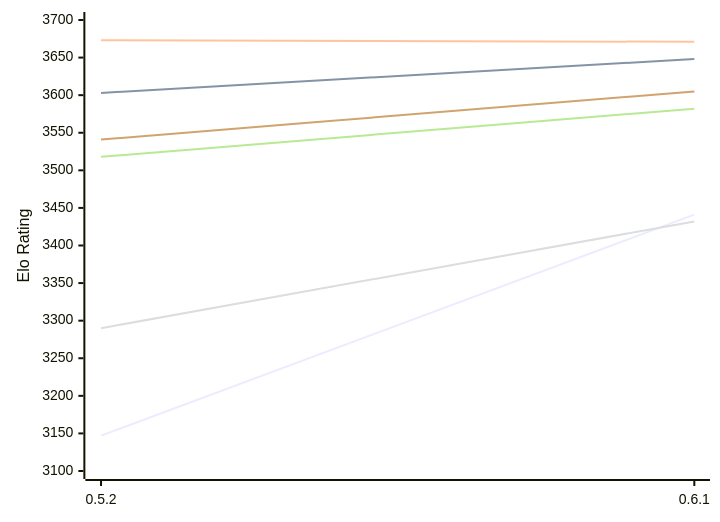
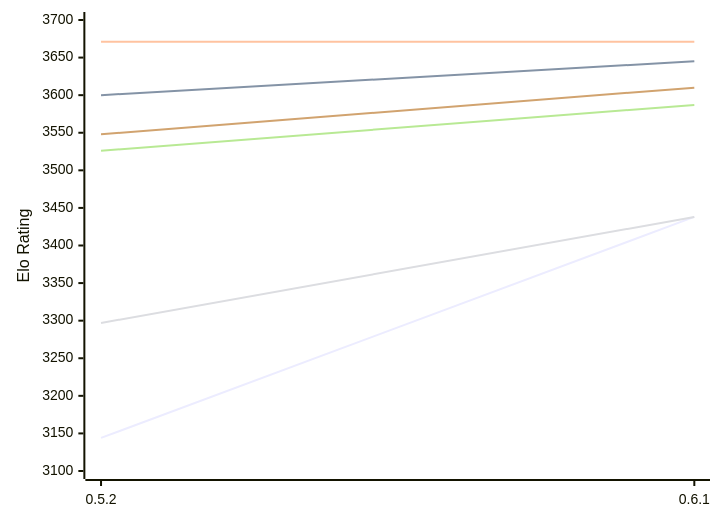
The first of 2 diagrams in engines/Cinder.md (computer-chess-index/cci), drawn with Mermaid before and after one commit. The commit also changed other lines of this file, not shown here.

Commit message:
Update CCI Ratings (ELO VLTC) - 2026-11-23

````diff
--- a/engines/Cinder.md
+++ b/engines/Cinder.md
@@ -54,12 +54,12 @@
 ```mermaid
 %%{init: {"theme":"base","themeVariables":{"seriesColors:['#a3a3a3','#222221','#faa371']}}}%%
 xychart-beta
   x-axis ["0.5.2", "0.6.1"]
   y-axis "Elo Rating" 3100 --> 3700
-  line "E1: STC (8.0+0.08s)" [3147, 3441]
-  line "E1: LTC (60.0+0.60s)" [3603, 3648]
-  line "E1: VLTC (2m24s+1.12s)" [3673, 3671]
-  line "P1: STC (8.0+0.08s)" [3290, 3432]
-  line "P1: LTC (60.0+0.60s)" [3518, 3582]
-  line "P1: VLTC (2m24s+1.12s)" [3541, 3605]
+  line "E1: STC (8.0+0.08s)" [3144, 3438]
+  line "E1: LTC (60.0+0.60s)" [3600, 3645]
+  line "E1: VLTC (2m24s+1.12s)" [3671, 3671]
+  line "P1: STC (8.0+0.08s)" [3297, 3438]
+  line "P1: LTC (60.0+0.60s)" [3526, 3587]
+  line "P1: VLTC (2m24s+1.12s)" [3548, 3610]
 ```
````
